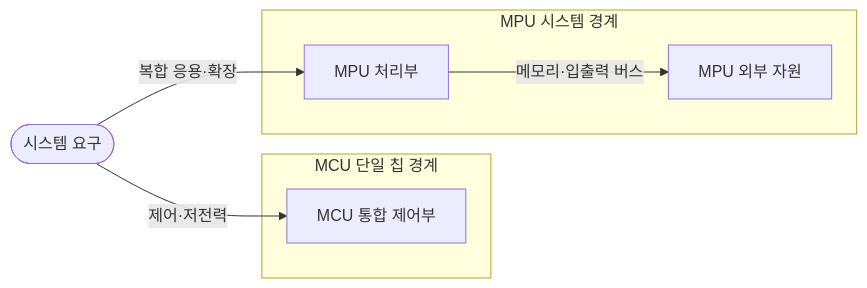
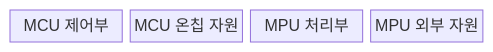
Before and after one commit to agnusdei1207/knowledge-base: the first of 2 diagrams in src/content/docs/notes/02-hardware/083_microcontroller_vs_microprocessor.md, drawn with Mermaid. The commit also changed other lines of this file and 20 other files, not shown here.

````diff
--- a/src/content/docs/notes/02-hardware/083_microcontroller_vs_microprocessor.md
+++ b/src/content/docs/notes/02-hardware/083_microcontroller_vs_microprocessor.md
@@ -64,12 +63,8 @@
 ```mermaid
-flowchart LR
-    R([시스템 요구])
-    subgraph C["MCU 단일 칩 경계"]
-        M["MCU 통합 제어부"]
-    end
-    subgraph P["MPU 시스템 경계"]
-        U["MPU 처리부"] -->|"메모리·입출력 버스"| E["MPU 외부 자원"]
-    end
-    R -->|"제어·저전력"| M
-    R -->|"복합 응용·확장"| U
+block
+  columns 4
+  A["MCU 제어부"]
+  B["MCU 온칩 자원"]
+  C["MPU 처리부"]
+  D["MPU 외부 자원"]
 ```
````
